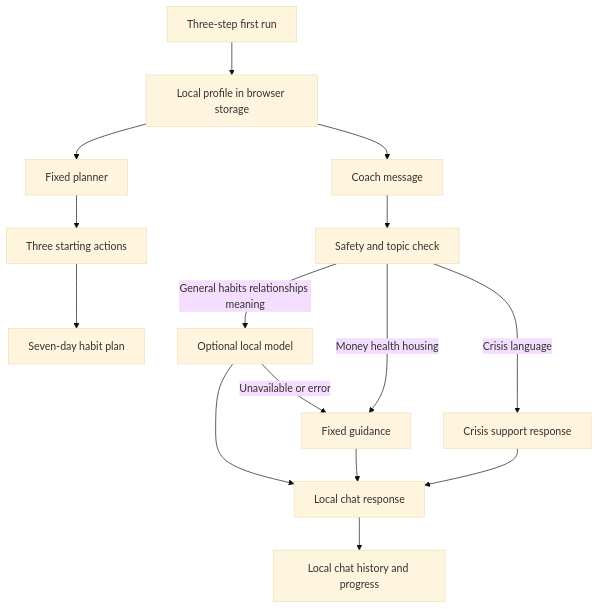
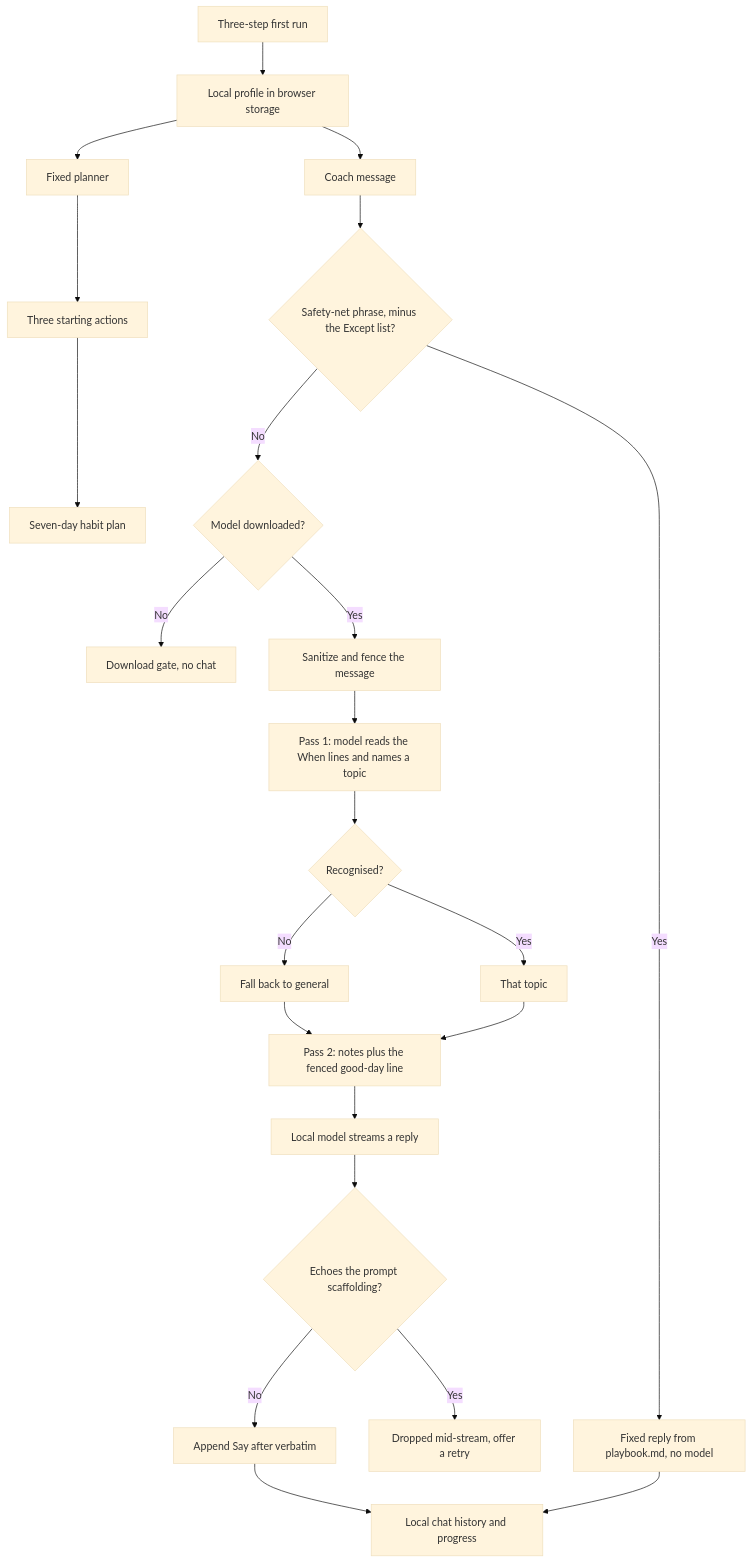
The diagram in README.md (mutms7/GoodLife.AI), drawn with Mermaid (base theme) before and after one commit. The commit also changed other lines of this file and 20 other files, not shown here.

```diff
--- a/README.md
+++ b/README.md
@@ -77,17 +112,26 @@
 ~~~mermaid
 flowchart TD
     A[Three-step first run] --> B[Local profile in browser storage]
     B --> C[Fixed planner]
     C --> D[Three starting actions]
     D --> E[Seven-day habit plan]
+
     B --> F[Coach message]
-    F --> G[Safety and topic check]
-    G -->|General habits relationships meaning| H[Optional local model]
-    G -->|Money health housing| I[Fixed guidance]
-    G -->|Crisis language| J[Crisis support response]
-    H --> K[Local chat response]
-    H -->|Unavailable or error| I
-    I --> K
-    J --> K
-    K --> L[Local chat history and progress]
+    F --> G{Safety-net phrase, minus the Except list?}
+    G -->|Yes| H[Fixed reply from playbook.md, no model]
+    G -->|No| I{Model downloaded?}
+    I -->|No| J[Download gate, no chat]
+    I -->|Yes| K[Sanitize and fence the message]
+    K --> L[Pass 1: model reads the When lines and names a topic]
+    L --> M{Recognised?}
+    M -->|No| N[Fall back to general]
+    M -->|Yes| O[That topic]
+    N --> P[Pass 2: notes plus the fenced good-day line]
+    O --> P
+    P --> Q[Local model streams a reply]
+    Q --> R{Echoes the prompt scaffolding?}
+    R -->|Yes| S[Dropped mid-stream, offer a retry]
+    R -->|No| T[Append Say after verbatim]
+    T --> U[Local chat history and progress]
+    H --> U
 ~~~
```
